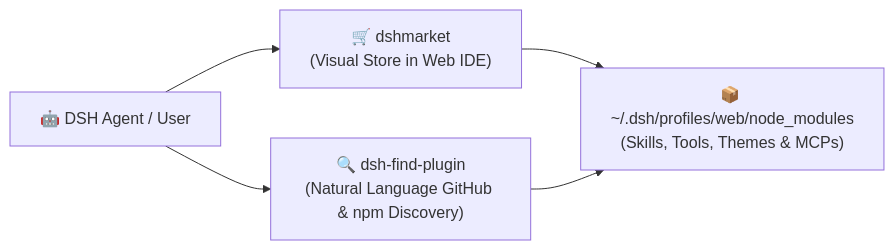
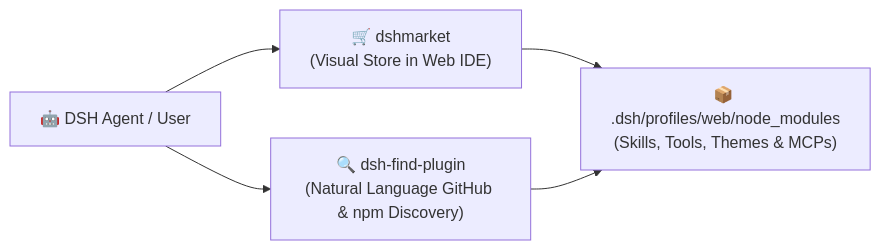
Before and after one commit to hdjebar/deepseek-harness-workspace: the diagram in docs/plugins.md, drawn with Mermaid. The commit also changed other lines of this file and 6 other files, not shown here.

````diff
--- a/docs/plugins.md
+++ b/docs/plugins.md
@@ -7,7 +7,7 @@
 ```mermaid
 flowchart LR
     AGENT["🤖 DSH Agent / User"] --> GUI["🛒 dshmarket\n(Visual Store in Web IDE)"]
     AGENT --> NLP["🔍 dsh-find-plugin\n(Natural Language GitHub & npm Discovery)"]
-    GUI --> INSTALLED["📦 ~/.dsh/profiles/web/node_modules\n(Skills, Tools, Themes & MCPs)"]
+    GUI --> INSTALLED["📦 .dsh/profiles/web/node_modules\n(Skills, Tools, Themes & MCPs)"]
     NLP --> INSTALLED
 ```
````
